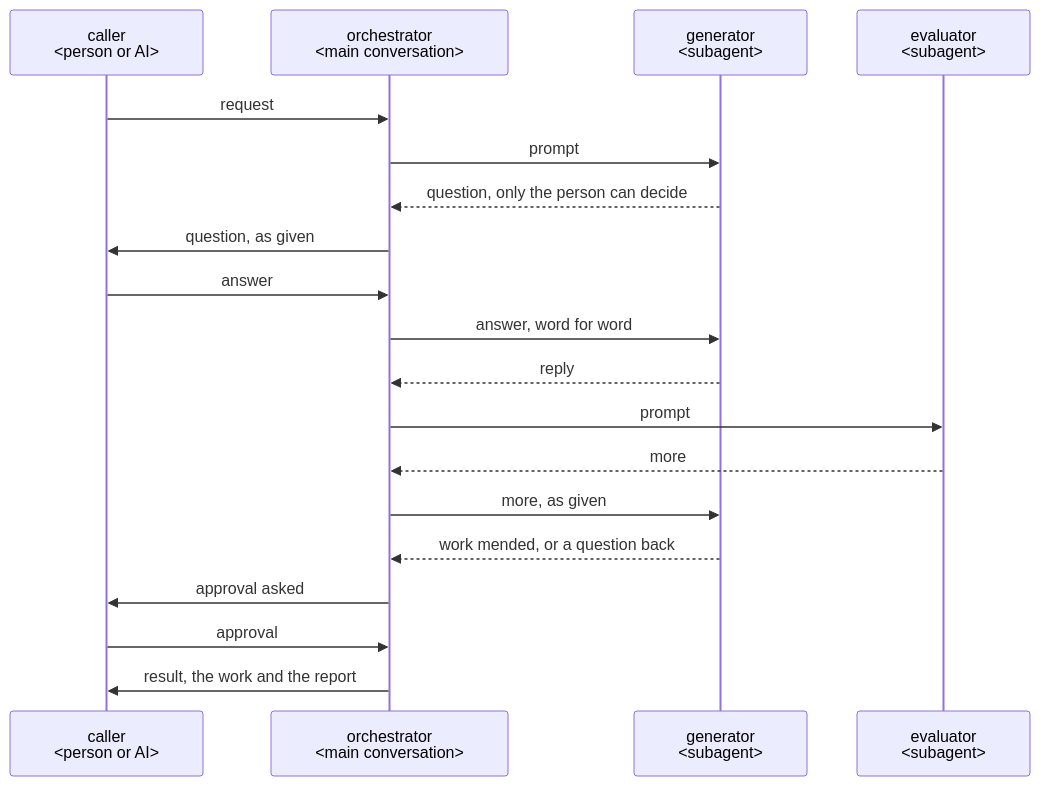
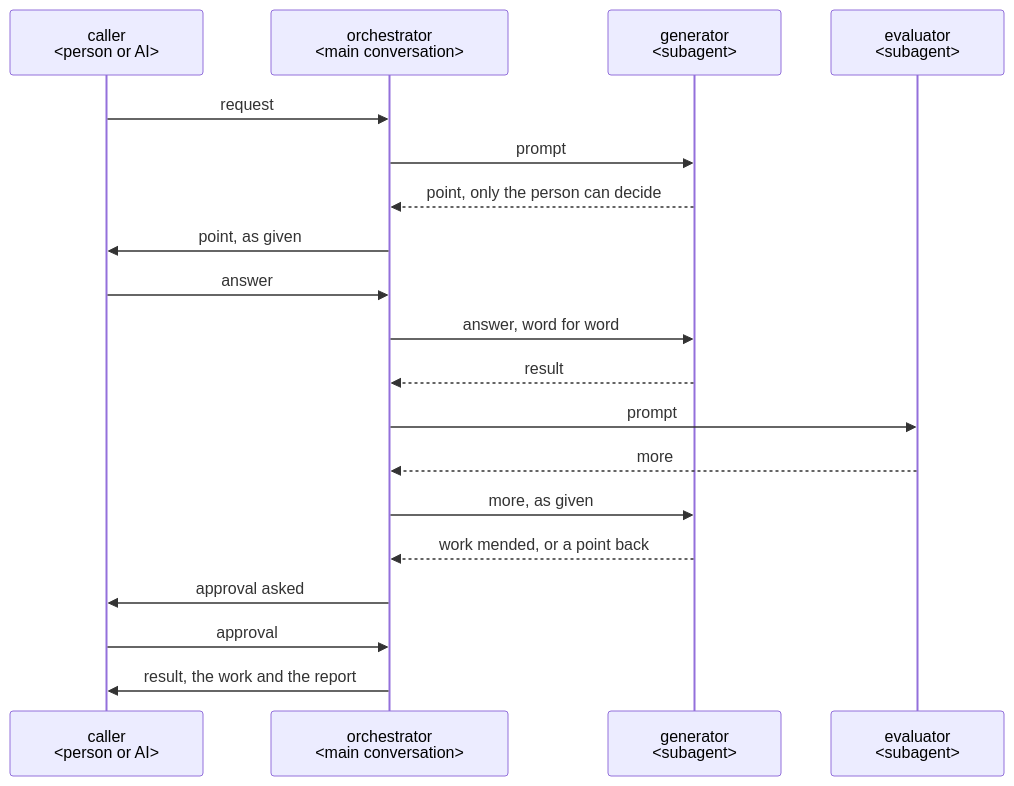
Before and after one commit to lovaizu/ccpm: the diagram in dev/plugin-development-guide.md, drawn with Mermaid. The commit also changed other lines of this file and 16 other files, not shown here.

````diff
--- a/dev/plugin-development-guide.md
+++ b/dev/plugin-development-guide.md
@@ -28,21 +28,21 @@
 ```mermaid
 sequenceDiagram
   participant C as caller<br/>#lt;person or AI#gt;
   participant O as orchestrator<br/>#lt;main conversation#gt;
   participant G as generator<br/>#lt;subagent#gt;
   participant R as evaluator<br/>#lt;subagent#gt;
   C->>O: request
   O->>G: prompt
-  G-->>O: question, only the person can decide
-  O->>C: question, as given
+  G-->>O: point, only the person can decide
+  O->>C: point, as given
   C->>O: answer
   O->>G: answer, word for word
-  G-->>O: reply
+  G-->>O: result
   O->>R: prompt
   R-->>O: more
   O->>G: more, as given
-  G-->>O: work mended, or a question back
+  G-->>O: work mended, or a point back
   O->>C: approval asked
   C->>O: approval
   O->>C: result, the work and the report
 ```
````
